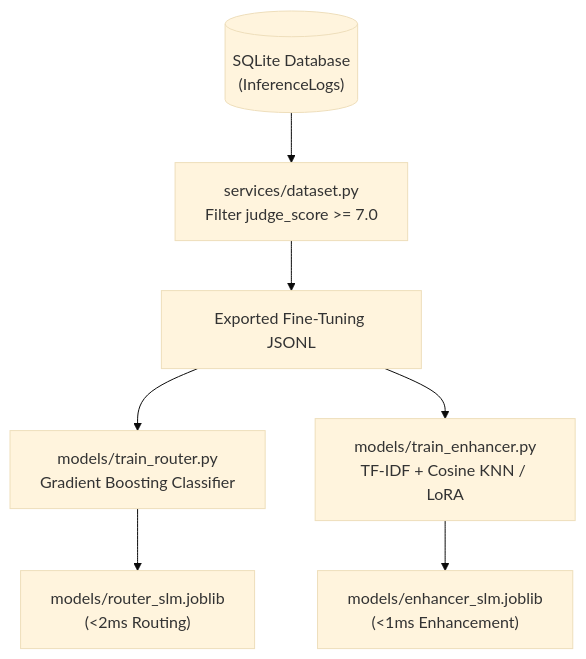
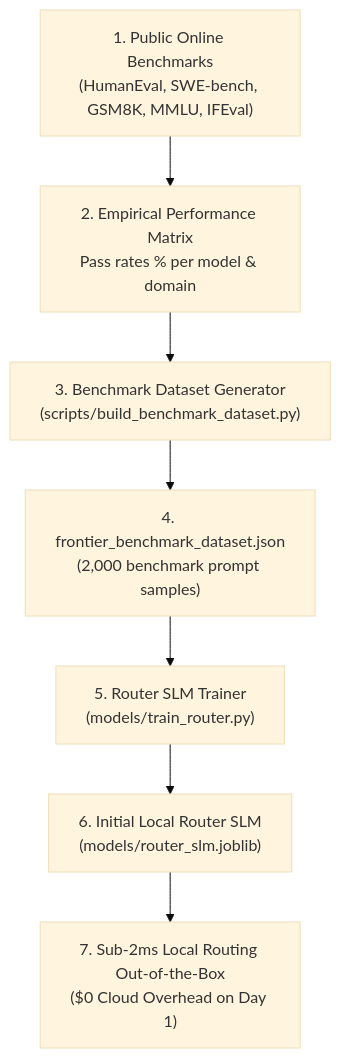
The third of 3 diagrams in README.md (vencat2025/Wormhole), drawn with Mermaid (base theme) before and after one commit. The commit also changed other lines of this file, not shown here.

Commit message:
Document public online benchmark bootstrapping pipeline for Router SLM

````diff
--- a/README.md
+++ b/README.md
@@ -140,11 +150,11 @@
 ```mermaid
 flowchart TD
-    DB[("SQLite Database\n(InferenceLogs)")] --> Exporter["services/dataset.py\nFilter judge_score >= 7.0"]
-    Exporter --> JSONL["Exported Fine-Tuning JSONL"]
+    PublicData["1. Public Online Benchmarks\n(HumanEval, SWE-bench, GSM8K, MMLU, IFEval)"] --> Matrix["2. Empirical Performance Matrix\nPass rates % per model & domain"]
+    Matrix --> Generator["3. Benchmark Dataset Generator\n(scripts/build_benchmark_dataset.py)"]
+    Generator --> JSON["4. frontier_benchmark_dataset.json\n(2,000 benchmark prompt samples)"]
     
-    JSONL --> RouterTrain["models/train_router.py\nGradient Boosting Classifier"]
-    JSONL --> EnhancerTrain["models/train_enhancer.py\nTF-IDF + Cosine KNN / LoRA"]
+    JSON --> Trainer["5. Router SLM Trainer\n(models/train_router.py)"]
+    Trainer --> Model["6. Initial Local Router SLM\n(models/router_slm.joblib)"]
     
-    RouterTrain --> RouterJoblib["models/router_slm.joblib\n(<2ms Routing)"]
-    EnhancerTrain --> EnhancerJoblib["models/enhancer_slm.joblib\n(<1ms Enhancement)"]
+    Model --> ColdStart["7. Sub-2ms Local Routing Out-of-the-Box\n($0 Cloud Overhead on Day 1)"]
 ```
````
